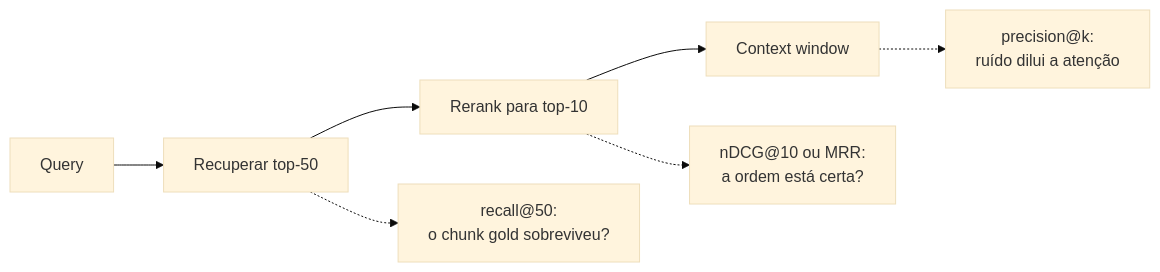
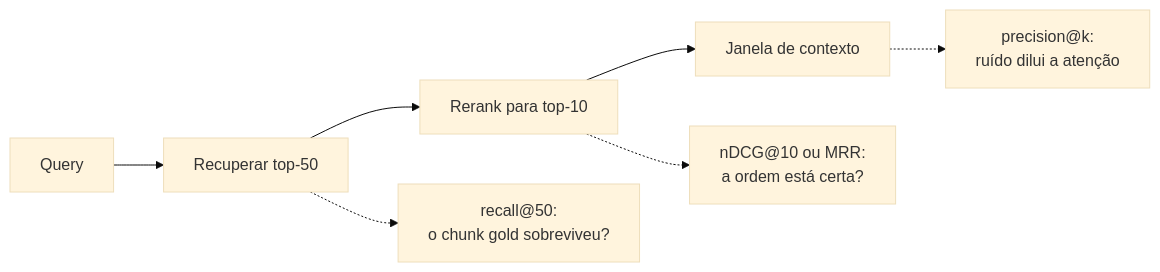
The tenth of 28 diagrams in 07-evaluation-and-observability/questions.pt-BR.md (andrevberaldo/AI-Engineer-Interview-Questions), drawn with Mermaid (base theme) before and after one commit. The commit also changed other lines of this file and 1 other file, not shown here.

````diff
--- a/07-evaluation-and-observability/questions.pt-BR.md
+++ b/07-evaluation-and-observability/questions.pt-BR.md
@@ -593,9 +593,9 @@
 ```mermaid
 flowchart LR
     Q["Query"] --> R["Recuperar top-50"]
     R --> K["Rerank para top-10"]
-    K --> P["Context window"]
+    K --> P["Janela de contexto"]
     R -.-> M1["recall@50:<br/>o chunk gold sobreviveu?"]
     K -.-> M2["nDCG@10 ou MRR:<br/>a ordem está certa?"]
     P -.-> M3["precision@k:<br/>ruído dilui a atenção"]
 ```
````
